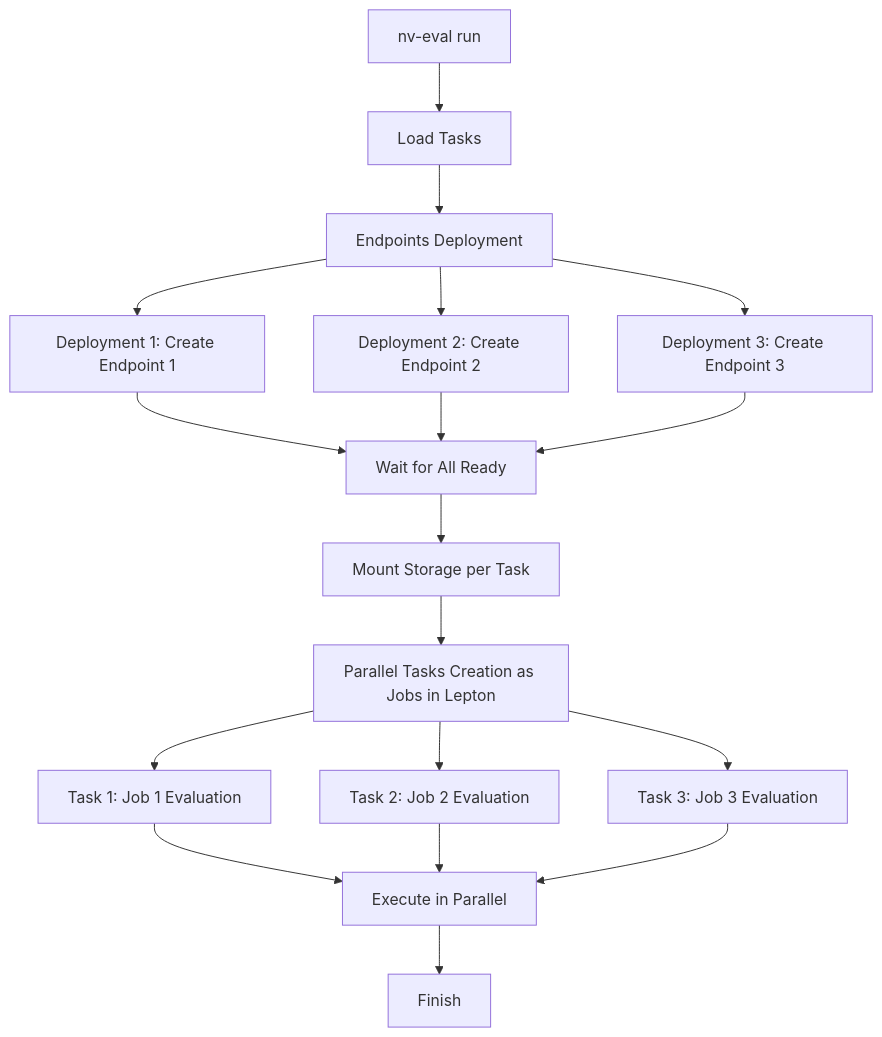
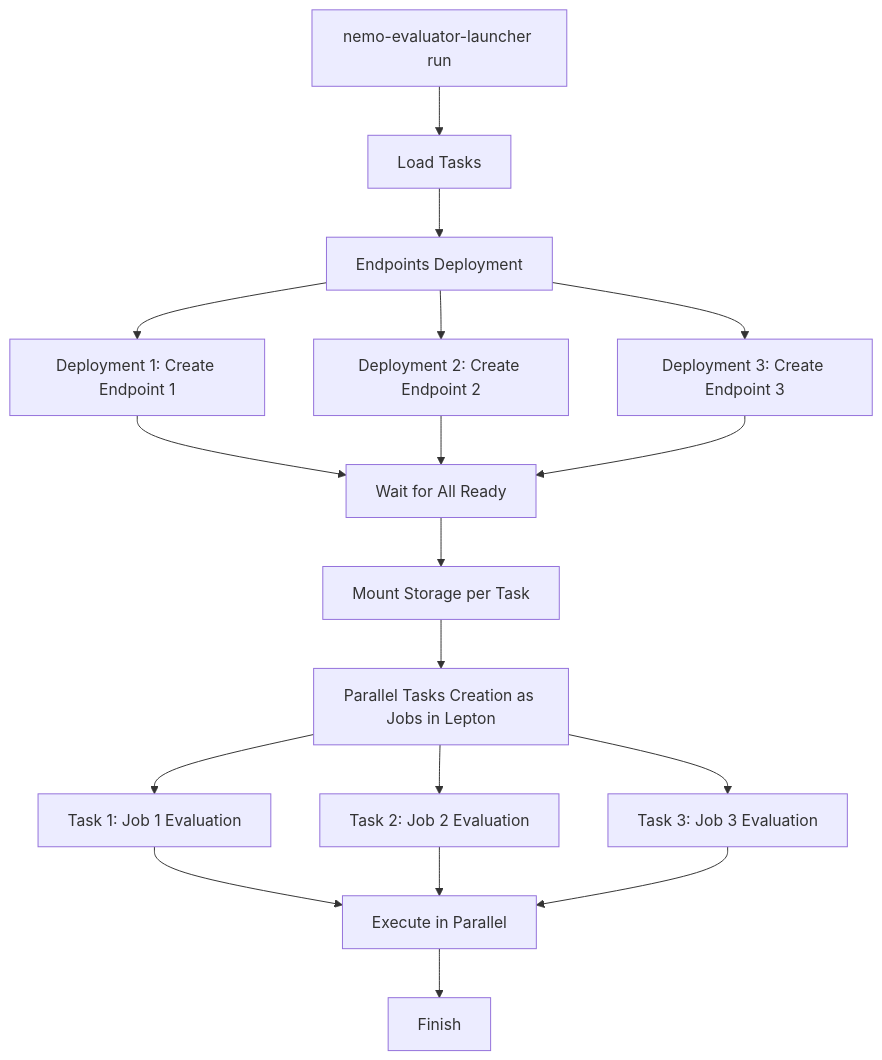
The diagram in docs/libraries/nemo-evaluator-launcher/configuration/executors/lepton.md (NVIDIA-NeMo/Evaluator), drawn with Mermaid before and after one commit. The commit also changed other lines of this file and 46 other files, not shown here.

````diff
--- a/docs/libraries/nemo-evaluator-launcher/configuration/executors/lepton.md
+++ b/docs/libraries/nemo-evaluator-launcher/configuration/executors/lepton.md
@@ -58,20 +56,20 @@
 ```{mermaid}
 graph TD
-    A["nv-eval run"] --> B["Load Tasks"]
+    A["nemo-evaluator-launcher run"] --> B["Load Tasks"]
     B --> D["Endpoints Deployment"]
     D --> E1["Deployment 1: Create Endpoint 1"]
     D --> E2["Deployment 2: Create Endpoint 2"]
     D --> E3["Deployment 3: Create Endpoint 3"]
     E1 --> F["Wait for All Ready"]
     E2 --> F
     E3 --> F
     F --> G["Mount Storage per Task"]
     G --> H["Parallel Tasks Creation as Jobs in Lepton"]
     H --> J1["Task 1: Job 1 Evaluation"]
     H --> J2["Task 2: Job 2 Evaluation"]
     H --> J3["Task 3: Job 3 Evaluation"]
     J1 --> K["Execute in Parallel"]
     J2 --> K
     J3 --> K
     K --> L["Finish"]
 ```
````
